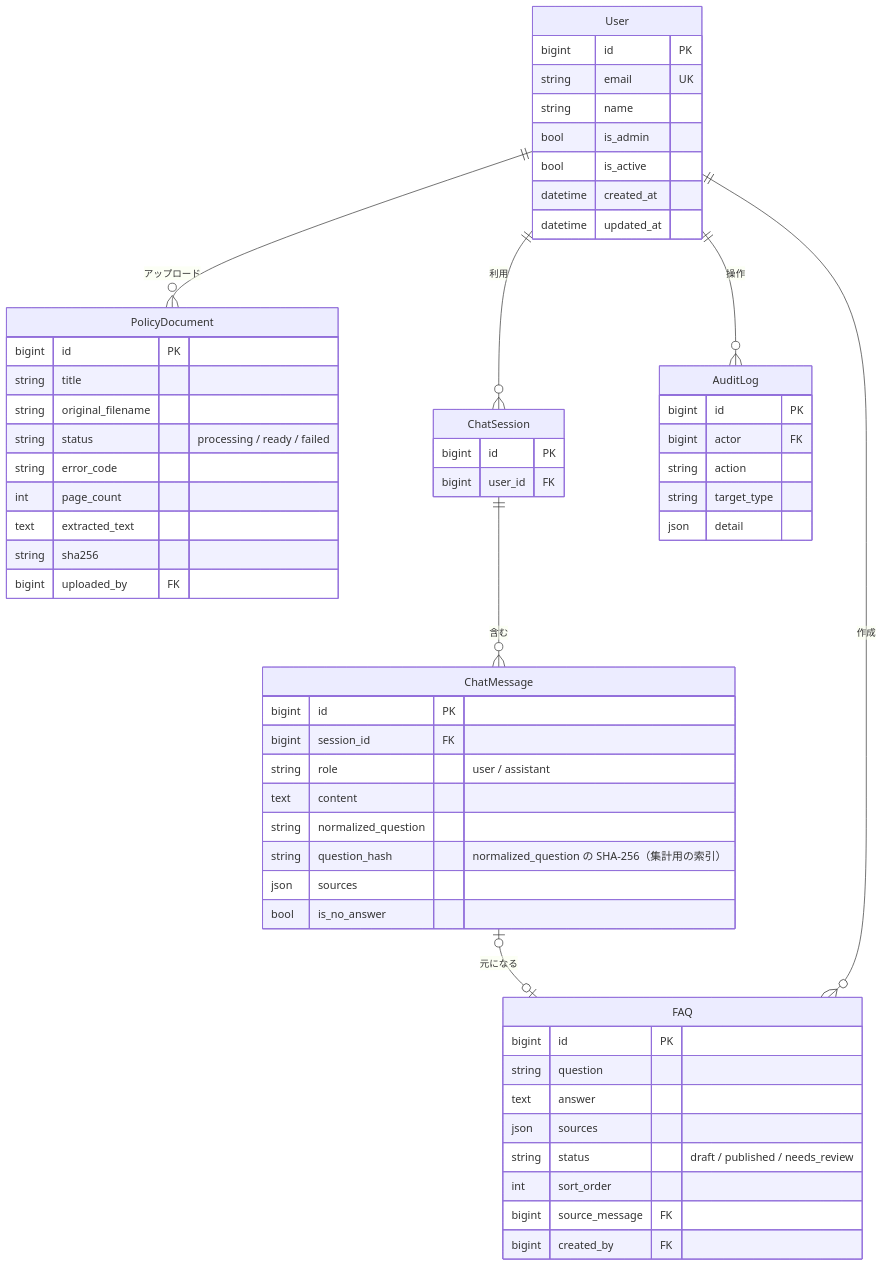
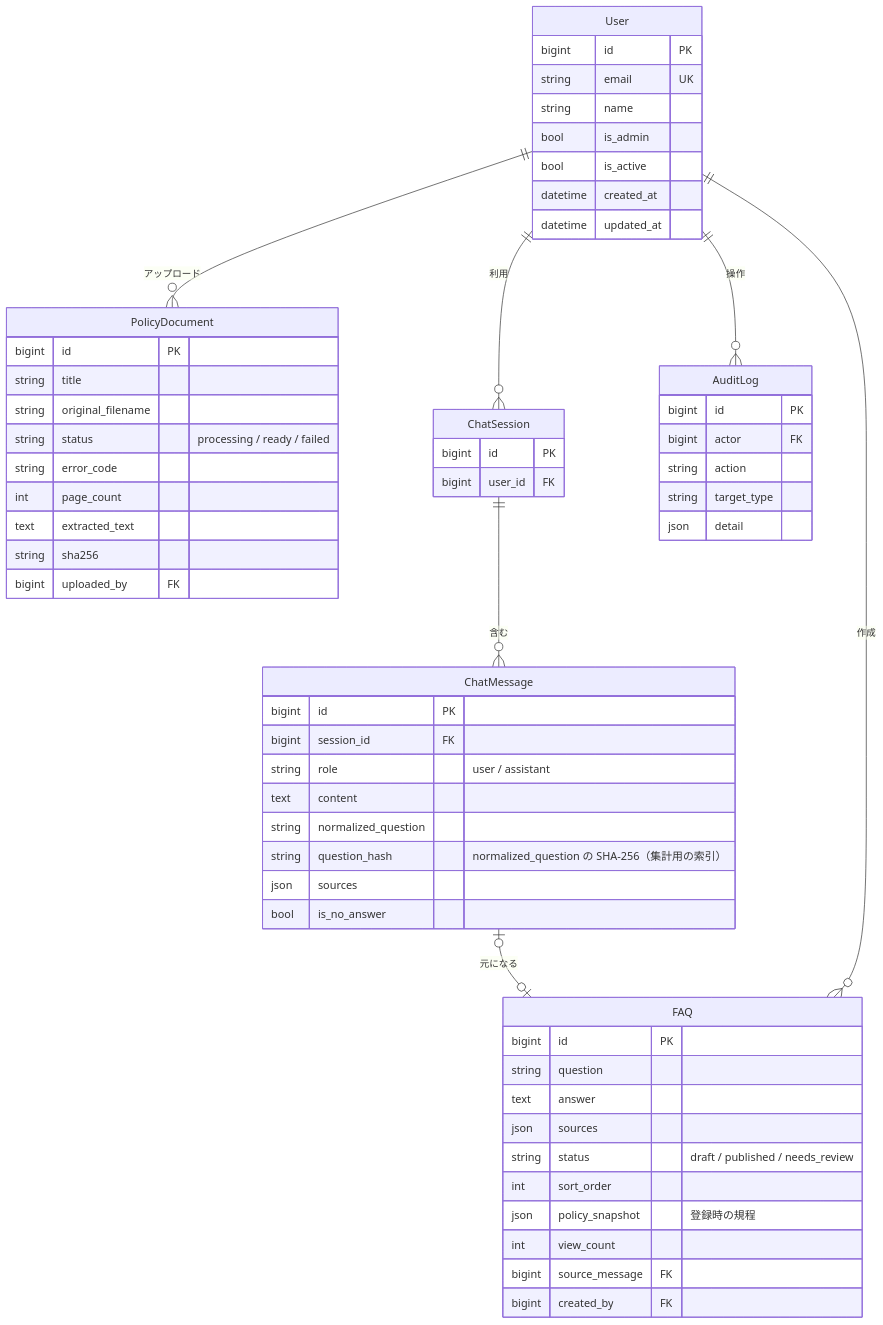
The fourth of 4 diagrams in README.md (Atsushieeeee/hr-policy-app), drawn with Mermaid before and after one commit. The commit also changed other lines of this file, not shown here.

````diff
--- a/README.md
+++ b/README.md
@@ -114,61 +114,63 @@
 ```mermaid
 erDiagram
     User ||--o{ PolicyDocument : "アップロード"
     User ||--o{ ChatSession : "利用"
     ChatSession ||--o{ ChatMessage : "含む"
     ChatMessage |o--o| FAQ : "元になる"
     User ||--o{ FAQ : "作成"
     User ||--o{ AuditLog : "操作"
 
     User {
         bigint id PK
         string email UK
         string name
         bool is_admin
         bool is_active
         datetime created_at
         datetime updated_at
     }
     PolicyDocument {
         bigint id PK
         string title
         string original_filename
         string status "processing / ready / failed"
         string error_code
         int page_count
         text extracted_text
         string sha256
         bigint uploaded_by FK
     }
     ChatSession {
         bigint id PK
         bigint user_id FK
     }
     ChatMessage {
         bigint id PK
         bigint session_id FK
         string role "user / assistant"
         text content
         string normalized_question
         string question_hash "normalized_question の SHA-256（集計用の索引）"
         json sources
         bool is_no_answer
     }
     FAQ {
         bigint id PK
         string question
         text answer
         json sources
         string status "draft / published / needs_review"
         int sort_order
+        json policy_snapshot "登録時の規程"
+        int view_count
         bigint source_message FK
         bigint created_by FK
     }
     AuditLog {
         bigint id PK
         bigint actor FK
         string action
         string target_type
         json detail
     }
 ```
````
